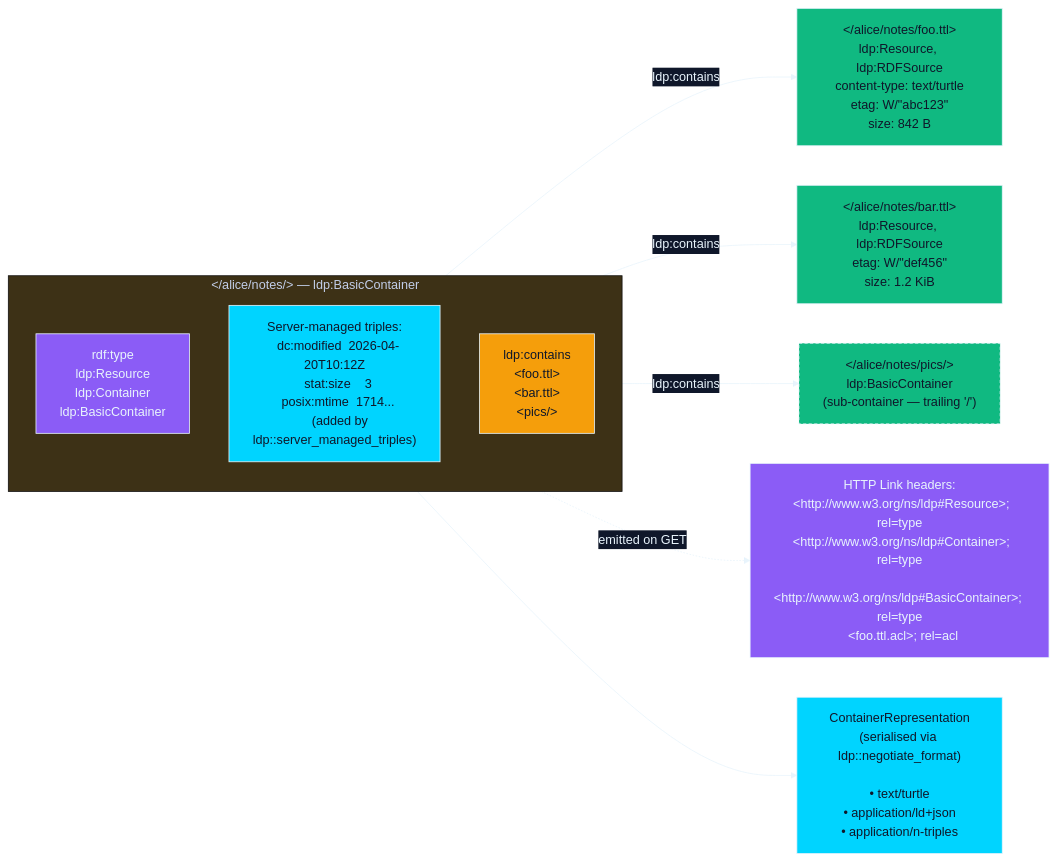
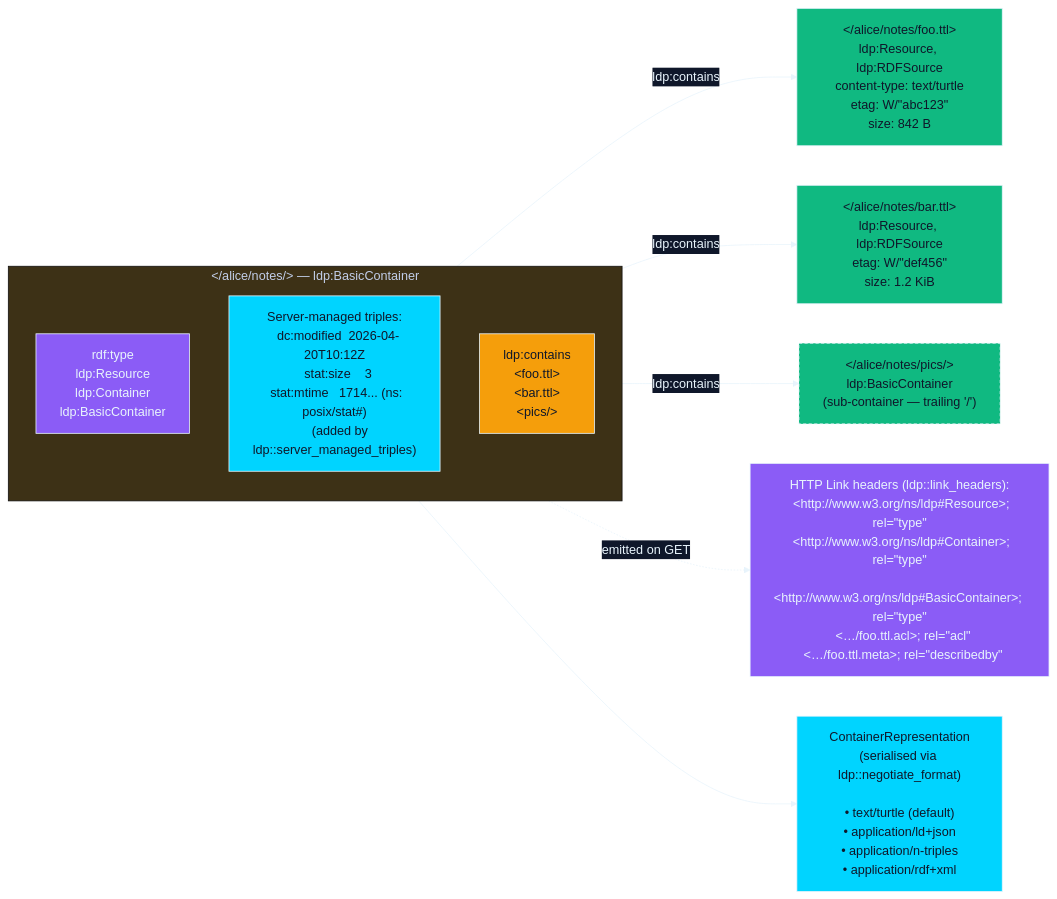
The diagram in crates/solid-pod-rs/docs/diagrams/src/04-ldp-containment.mmd (DreamLab-AI/solid-pod-rs), drawn with Mermaid before and after one commit. The commit also changed 12 other files, not shown here.

First line of the commit message:
docs(diagrams): verify mermaid diagrams against crate code; correct drifted claims

```diff
--- a/crates/solid-pod-rs/docs/diagrams/src/04-ldp-containment.mmd
+++ b/crates/solid-pod-rs/docs/diagrams/src/04-ldp-containment.mmd
@@ -1,38 +1,38 @@
 %%{init: {'theme':'base','themeVariables':{
   'primaryColor':'#0f172a','primaryTextColor':'#E8F4FC','primaryBorderColor':'#E8F4FC',
   'lineColor':'#E8F4FC','background':'transparent','mainBkg':'#0f172a',
   'edgeLabelBackground':'#0f172a','fontFamily':'ui-sans-serif, system-ui, sans-serif'
 }}}%%
 flowchart LR
   %% ─── Container resource ───
   subgraph C["&lt;/alice/notes/&gt; — ldp:BasicContainer"]
     direction TB
     CTYPE["rdf:type\n  ldp:Resource\n  ldp:Container\n  ldp:BasicContainer"]:::gov
-    CSMT["Server-managed triples:\n  dc:modified  2026-04-20T10:12Z\n  stat:size    3\n  posix:mtime  1714...\n  &nbsp;&nbsp;(added by ldp::server_managed_triples)"]:::svc
+    CSMT["Server-managed triples:\n  dc:modified  2026-04-20T10:12Z\n  stat:size    3\n  stat:mtime   1714... (ns: posix/stat#)\n  &nbsp;&nbsp;(added by ldp::server_managed_triples)"]:::svc
     CMEM["ldp:contains\n  &lt;foo.ttl&gt;\n  &lt;bar.ttl&gt;\n  &lt;pics/&gt;"]:::gate
   end
 
   %% ─── Members ───
   M1["&lt;/alice/notes/foo.ttl&gt;\nldp:Resource, ldp:RDFSource\ncontent-type: text/turtle\netag: W/&quot;abc123&quot;\nsize: 842 B"]:::store
   M2["&lt;/alice/notes/bar.ttl&gt;\nldp:Resource, ldp:RDFSource\netag: W/&quot;def456&quot;\nsize: 1.2 KiB"]:::store
   M3["&lt;/alice/notes/pics/&gt;\nldp:BasicContainer\n(sub-container — trailing '/')"]:::storeAlt
 
   %% ─── Containment edges ───
   CMEM -- ldp:contains --> M1
   CMEM -- ldp:contains --> M2
   CMEM -- ldp:contains --> M3
 
   %% ─── Link headers emitted on GET ───
-  LH["HTTP Link headers:\n  &lt;http://www.w3.org/ns/ldp#Resource&gt;; rel=type\n  &lt;http://www.w3.org/ns/ldp#Container&gt;; rel=type\n  &lt;http://www.w3.org/ns/ldp#BasicContainer&gt;; rel=type\n  &lt;foo.ttl.acl&gt;; rel=acl"]:::gov
+  LH["HTTP Link headers (ldp::link_headers):\n  &lt;http://www.w3.org/ns/ldp#Resource&gt;; rel=&quot;type&quot;\n  &lt;http://www.w3.org/ns/ldp#Container&gt;; rel=&quot;type&quot;\n  &lt;http://www.w3.org/ns/ldp#BasicContainer&gt;; rel=&quot;type&quot;\n  &lt;…/foo.ttl.acl&gt;; rel=&quot;acl&quot;\n  &lt;…/foo.ttl.meta&gt;; rel=&quot;describedby&quot;"]:::gov
 
   C -. emitted on GET .-> LH
 
   %% ─── Representation negotiation ───
-  REPR["ContainerRepresentation\n(serialised via ldp::negotiate_format)\n\n• text/turtle\n• application/ld+json\n• application/n-triples"]:::svc
+  REPR["ContainerRepresentation\n(serialised via ldp::negotiate_format)\n\n• text/turtle (default)\n• application/ld+json\n• application/n-triples\n• application/rdf+xml"]:::svc
   C --> REPR
 
   classDef gov fill:#8B5CF6,stroke:#E8F4FC,stroke-width:1px,color:#E8F4FC
   classDef gate fill:#F59E0B,stroke:#E8F4FC,stroke-width:1px,color:#0f172a
   classDef svc fill:#00D4FF,stroke:#E8F4FC,stroke-width:1px,color:#0f172a
   classDef store fill:#10B981,stroke:#E8F4FC,stroke-width:1px,color:#0f172a
   classDef storeAlt fill:#10B981,stroke:#E8F4FC,stroke-width:1px,color:#0f172a,stroke-dasharray: 4 3
```
